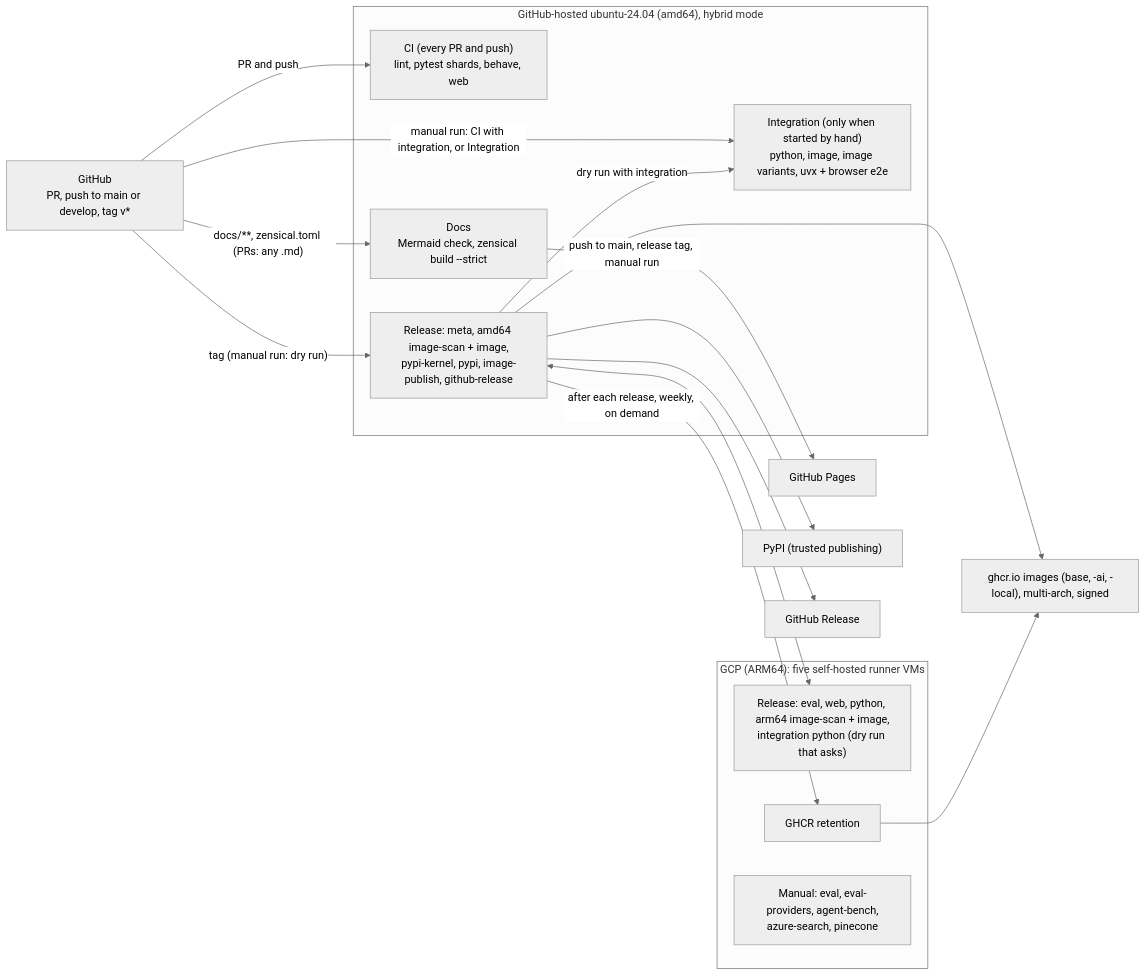
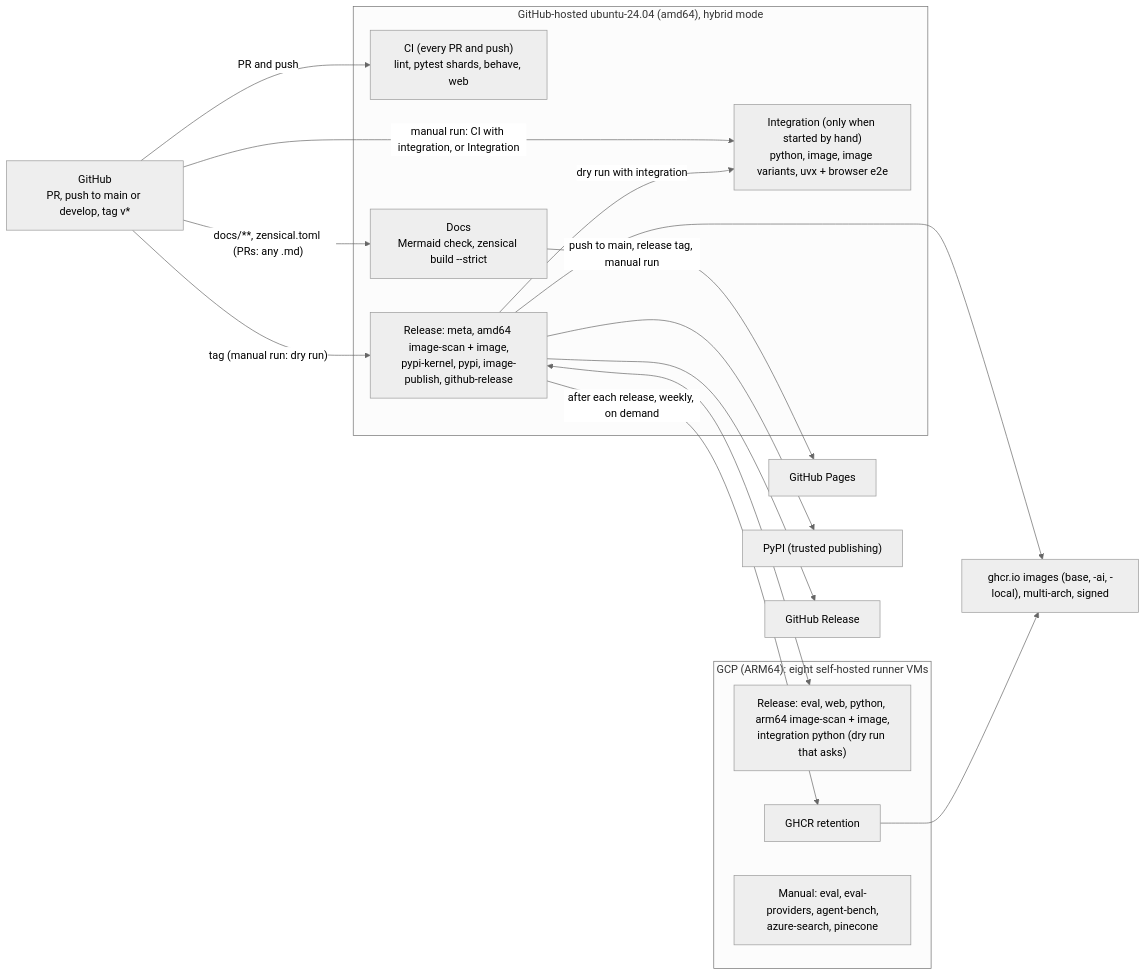
The diagram in docs/releasing/runners.md (SirCypkowskyy/ExactDocs), drawn with Mermaid (neutral theme) before and after one commit. The commit also changed other lines of this file and 4 other files, not shown here.

First line of the commit message:
docs: eight GCP runners instead of five

````diff
--- a/docs/releasing/runners.md
+++ b/docs/releasing/runners.md
@@ -59,27 +59,27 @@
 ```mermaid
 flowchart LR
     gh["GitHub<br/>PR, push to main or develop, tag v*"]
     subgraph hosted ["GitHub-hosted ubuntu-24.04 (amd64), hybrid mode"]
         ci["CI (every PR and push)<br/>lint, pytest shards, behave, web"]
         integ["Integration (only when started by hand)<br/>python, image, image variants, uvx + browser e2e"]
         docs["Docs<br/>Mermaid check, zensical build --strict"]
         relh["Release: meta, amd64 image-scan + image,<br/>pypi-kernel, pypi, image-publish, github-release"]
     end
-    subgraph gcp ["GCP (ARM64): five self-hosted runner VMs"]
+    subgraph gcp ["GCP (ARM64): eight self-hosted runner VMs"]
         rels["Release: eval, web, python, arm64 image-scan + image,<br/>integration python (dry run that asks)"]
         ret["GHCR retention"]
         manual["Manual: eval, eval-providers, agent-bench,<br/>azure-search, pinecone"]
     end
     gh -->|PR and push| ci
     gh -->|"manual run: CI with integration, or Integration"| integ
     relh -->|"dry run with integration"| integ
     gh -->|"docs/**, zensical.toml (PRs: any .md)"| docs
     gh -->|"tag (manual run: dry run)"| relh
     relh <--> rels
     relh -->|after each release, weekly, on demand| ret
     docs -->|"push to main, release tag, manual run"| pages["GitHub Pages"]
     relh --> pypi["PyPI (trusted publishing)"]
     relh --> ghcr["ghcr.io images (base, -ai, -local), multi-arch, signed"]
     relh --> ghrel["GitHub Release"]
     ret --> ghcr
 ```
````
